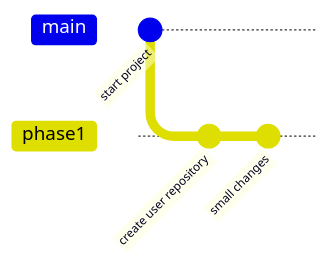
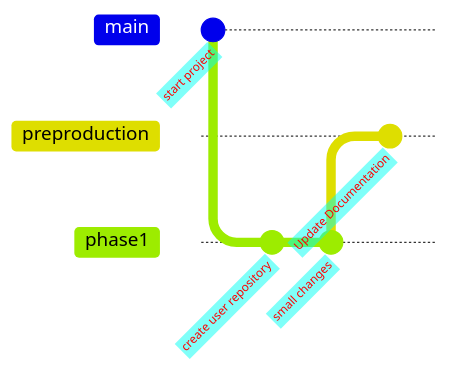
Before and after one commit to biaggiogz/ApiSmall: the diagram in Readme.md, drawn with Mermaid. The commit also changed other lines of this file, not shown here.

````diff
--- a/Readme.md
+++ b/Readme.md
@@ -15,7 +16,12 @@
 ```mermaid
+%%{init: { 'logLevel': 'debug', 'theme': 'default' , 'themeVariables': {'commitLabelColor': '#ff0000','commitLabelBackground': '#00fff3'} } }%%
 gitGraph
        commit id: "start project"
-       branch phase1
+       branch phase1 order:3
+       checkout phase1
        commit id: "create user repository"
        commit id: "small changes"
+       branch preproduction
+       checkout preproduction
+       commit id: "Update Documentation"
 ```
````
